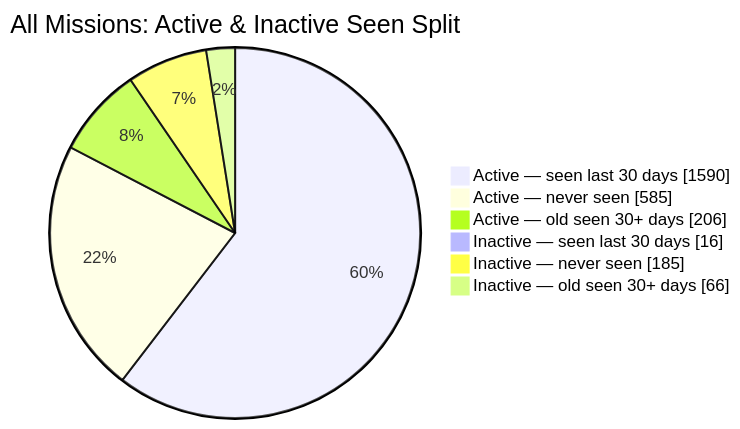
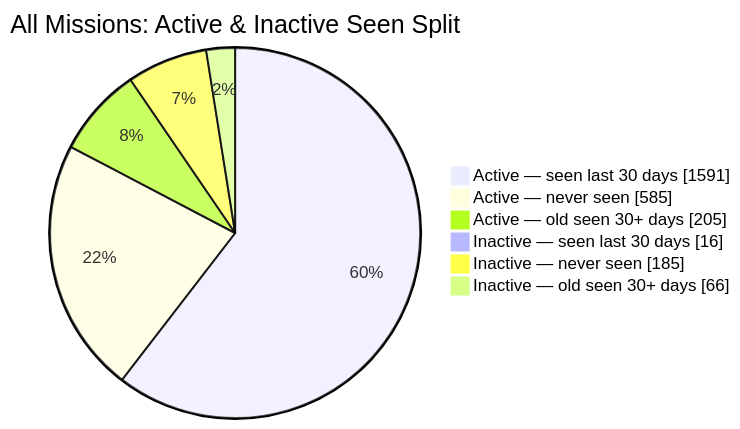
One commit to MeldkamerspelGameTeam/active-missions changed the second of 2 diagrams in README.md. Above: the diagram before and after it, drawn with Mermaid. The commit also changed other lines of this file and 2 other files, not shown here.

````diff
--- a/README.md
+++ b/README.md
@@ -44,10 +44,10 @@
 ```mermaid
 pie showData
     title All Missions: Active & Inactive Seen Split
-    "Active — seen last 30 days" : 1590
+    "Active — seen last 30 days" : 1591
     "Active — never seen" : 585
-    "Active — old seen 30+ days" : 206
+    "Active — old seen 30+ days" : 205
     "Inactive — seen last 30 days" : 16
     "Inactive — never seen" : 185
     "Inactive — old seen 30+ days" : 66
 ```
````
